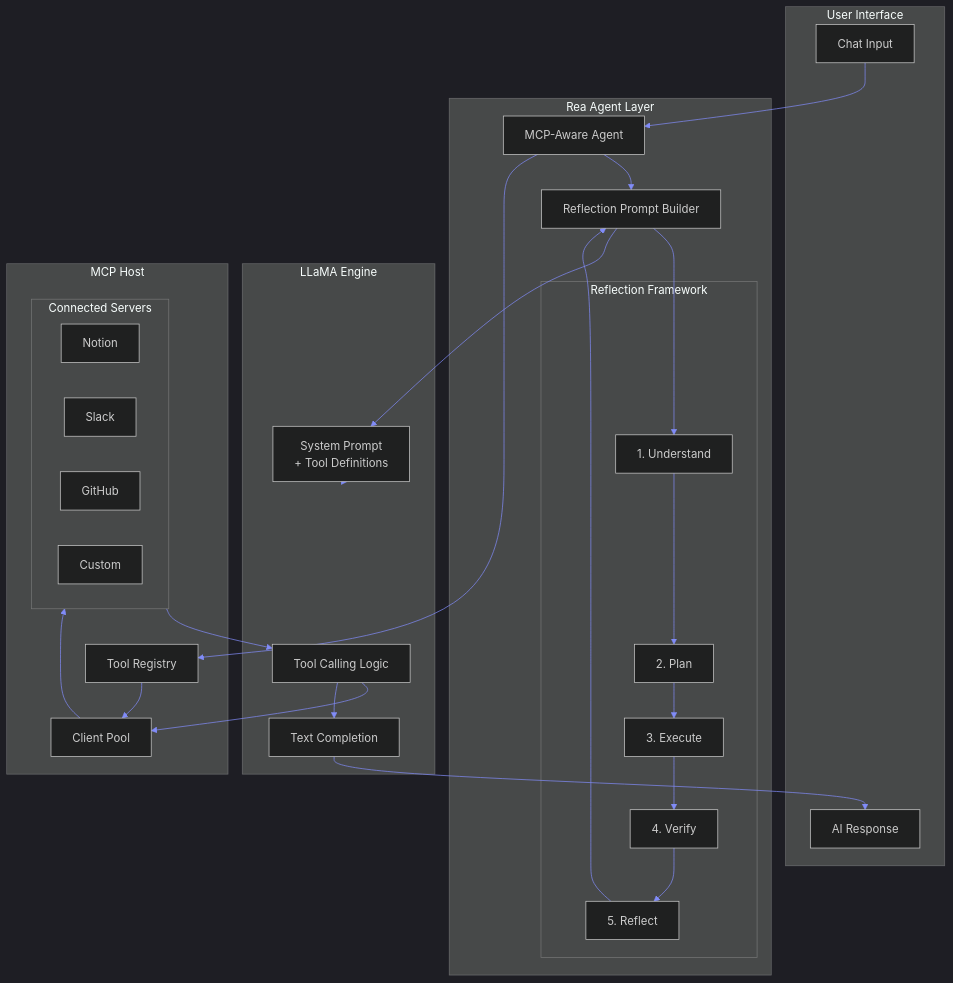
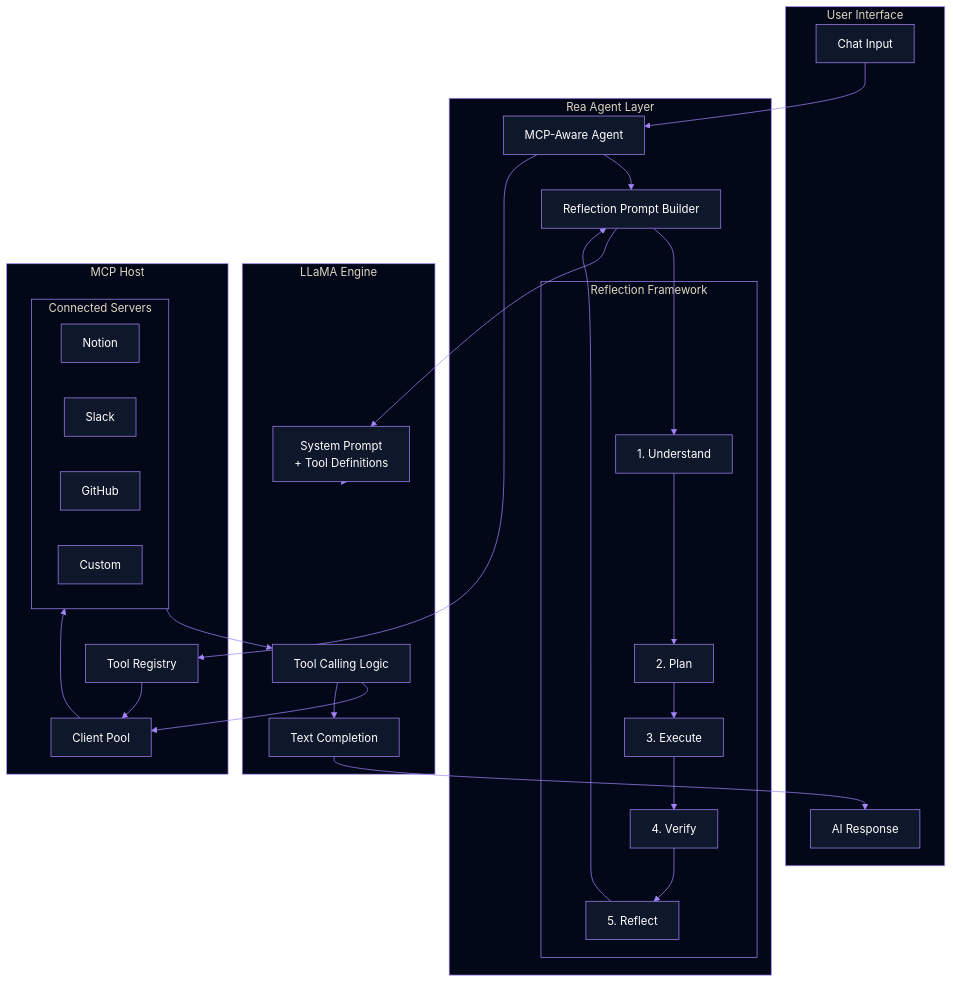
Before and after one commit to rmonsurate/rea-mcp-docs: the diagram in docs/assets/diagrams/llama-mcp-integration.mmd, drawn with Mermaid. The commit also changed 24 other files, not shown here.

Commit message:
Update diagrams with Rea brand colors, add lightbox, improve resolution

```diff
--- a/docs/assets/diagrams/llama-mcp-integration.mmd
+++ b/docs/assets/diagrams/llama-mcp-integration.mmd
@@ -1,59 +1,59 @@
-%%{init: {'theme': 'dark', 'themeVariables': { 'primaryColor': '#6366f1', 'secondaryColor': '#818cf8', 'tertiaryColor': '#1e1b4b', 'primaryTextColor': '#fff', 'lineColor': '#818cf8', 'primaryBorderColor': '#4f46e5'}}}%%
+%%{init: {'theme': 'base', 'themeVariables': { 'primaryColor': '#a484fb', 'primaryTextColor': '#ffffff', 'primaryBorderColor': '#a484fb', 'secondaryColor': '#22c55a', 'secondaryTextColor': '#ffffff', 'tertiaryColor': '#1e293b', 'lineColor': '#a484fb', 'textColor': '#f8fafc', 'mainBkg': '#0f172a', 'nodeBorder': '#a484fb', 'clusterBkg': '#020817', 'clusterBorder': '#a484fb', 'nodeTextColor': '#ffffff'}}}%%
 flowchart TB
     subgraph User["User Interface"]
         Chat["Chat Input"]
         Response["AI Response"]
     end
 
     subgraph ReaAgent["Rea Agent Layer"]
         McpAgent["MCP-Aware Agent"]
 
         subgraph Reflection["Reflection Framework"]
             Understand["1. Understand"]
             Plan["2. Plan"]
             Execute["3. Execute"]
             Verify["4. Verify"]
             Reflect["5. Reflect"]
         end
 
         PromptBuilder["Reflection Prompt Builder"]
     end
 
     subgraph LLaMA["LLaMA Engine"]
         SystemPrompt["System Prompt<br>+ Tool Definitions"]
         ToolCalling["Tool Calling Logic"]
         Completion["Text Completion"]
     end
 
     subgraph MCPHost["MCP Host"]
         ClientPool["Client Pool"]
         ToolRegistry["Tool Registry"]
 
         subgraph Clients["Connected Servers"]
             Notion["Notion"]
             Slack["Slack"]
             GitHub["GitHub"]
             Custom["Custom"]
         end
     end
 
     Chat --> McpAgent
     McpAgent --> PromptBuilder
     PromptBuilder --> Understand
     Understand --> Plan
     Plan --> Execute
     Execute --> Verify
     Verify --> Reflect
     Reflect --> PromptBuilder
 
     PromptBuilder --> SystemPrompt
     SystemPrompt --> LLaMA
 
     McpAgent --> ToolRegistry
     ToolRegistry --> ClientPool
     ClientPool --> Clients
 
     ToolCalling --> ClientPool
     Clients --> ToolCalling
     ToolCalling --> Completion
     Completion --> Response
```
